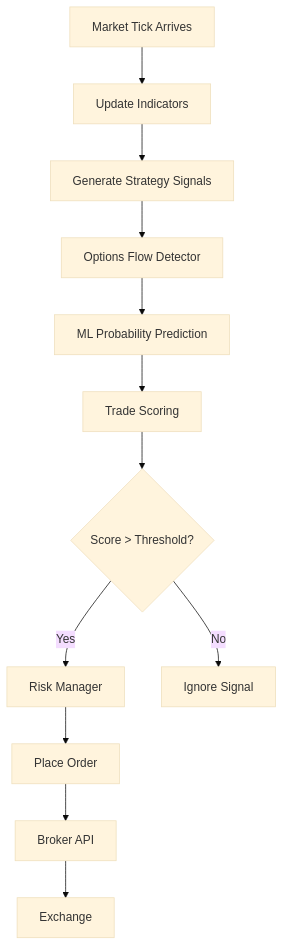
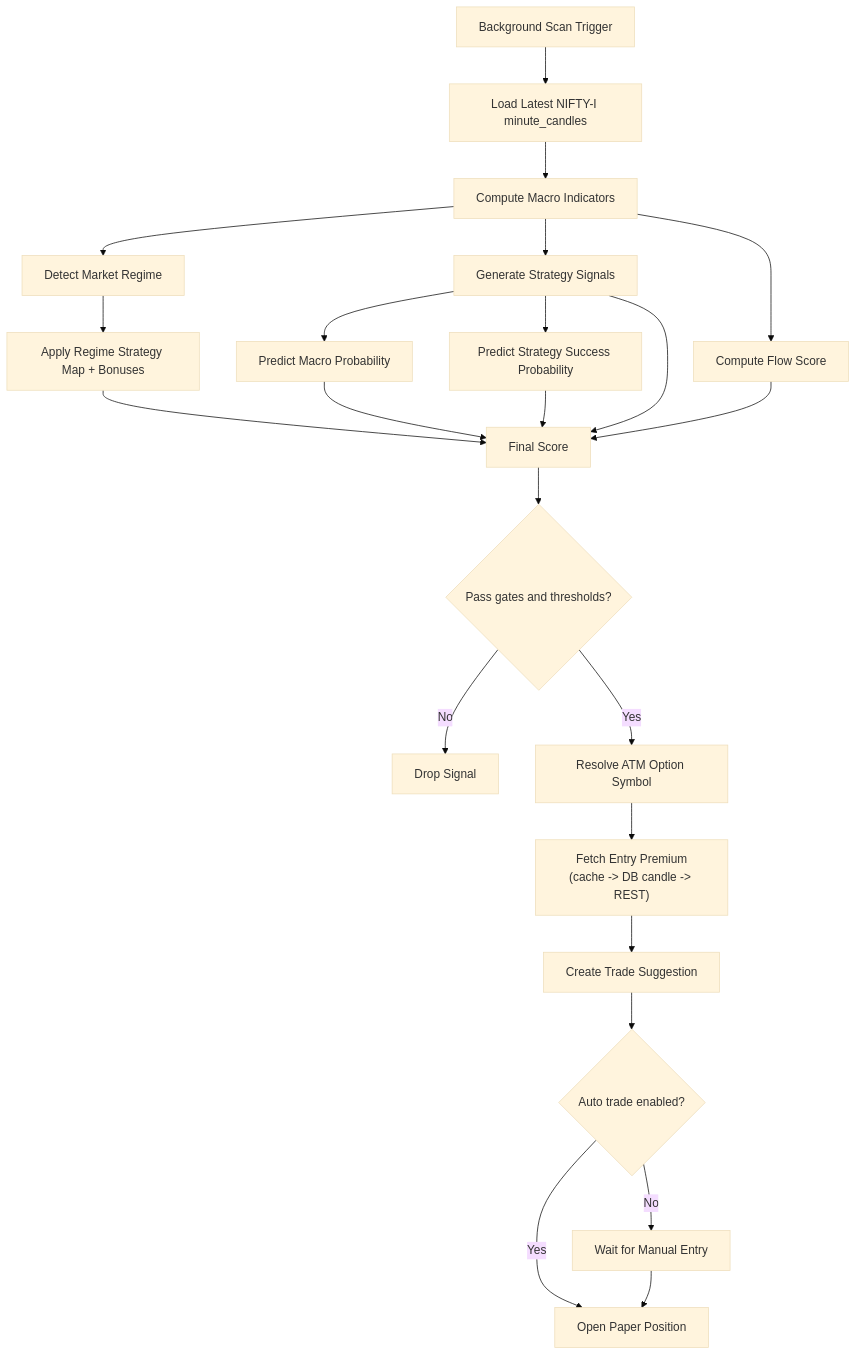
The fifth of 12 diagrams in docs/Flow diagrams and designs.md (aaryansinha16/AI-trader), drawn with Mermaid (base theme) before and after one commit. The commit also changed other lines of this file, not shown here.

Commit message:
update: flow diagrams of current system

````diff
--- a/docs/Flow diagrams and designs.md
+++ b/docs/Flow diagrams and designs.md
@@ -150,25 +150,31 @@
 ```mermaid
 flowchart TD
 
-A[Market Tick Arrives] --> B[Update Indicators]
+A["Background Scan Trigger"] --> B["Load Latest NIFTY-I minute_candles"]
+B --> C["Compute Macro Indicators"]
+C --> D["Detect Market Regime"]
+C --> E["Generate Strategy Signals"]
 
-B --> C[Generate Strategy Signals]
+E --> F["Predict Macro Probability"]
+E --> G["Predict Strategy Success Probability"]
+C --> H["Compute Flow Score"]
+D --> I["Apply Regime Strategy Map + Bonuses"]
 
-C --> D[Options Flow Detector]
+F --> J["Final Score"]
+G --> J
+H --> J
+I --> J
+E --> J
 
-D --> E[ML Probability Prediction]
+J --> K{"Pass gates and thresholds?"}
+K -- "No" --> L["Drop Signal"]
+K -- "Yes" --> M["Resolve ATM Option Symbol"]
 
-E --> F[Trade Scoring]
+M --> N["Fetch Entry Premium<br/>(cache -> DB candle -> REST)"]
+N --> O["Create Trade Suggestion"]
+O --> P{"Auto trade enabled?"}
 
-F --> G{Score > Threshold?}
-
-G -- Yes --> H[Risk Manager]
-
-H --> I[Place Order]
-
-I --> J[Broker API]
-
-J --> K[Exchange]
-
-G -- No --> L[Ignore Signal]
+P -- "Yes" --> Q["Open Paper Position"]
+P -- "No" --> R["Wait for Manual Entry"]
+R --> Q
 ```
````
